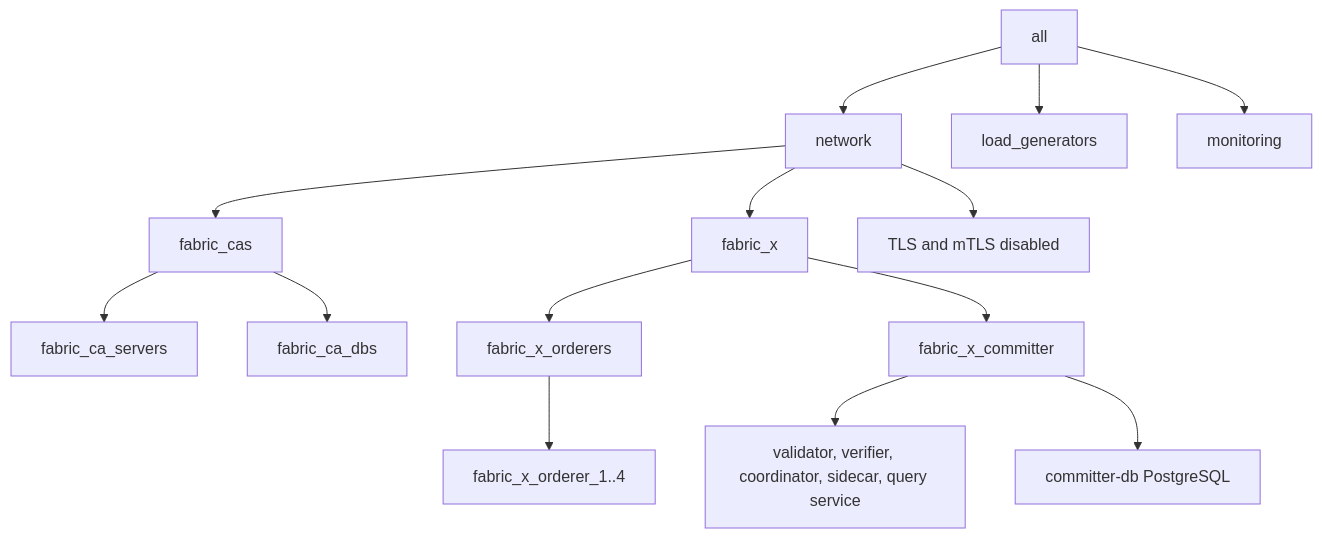
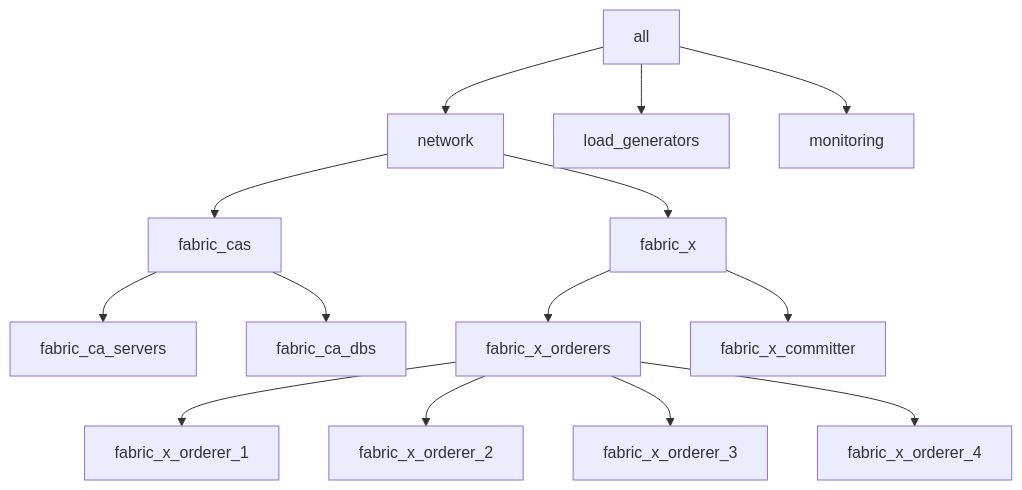
One commit to LF-Decentralized-Trust-labs/fabric-x-ansible-collection changed the diagram in examples/inventory/docs/k8s/fabric-x-no-tls.md. Above: the diagram before and after it, drawn with Mermaid. The commit also changed 47 other files, not shown here.

````diff
--- a/examples/inventory/docs/k8s/fabric-x-no-tls.md
+++ b/examples/inventory/docs/k8s/fabric-x-no-tls.md
@@ -33,16 +33,16 @@
 ```mermaid
 flowchart TD
   all --> network
   network --> fabric_cas
   network --> fabric_x
   all --> load_generators
   all --> monitoring
   fabric_cas --> fabric_ca_servers
   fabric_cas --> fabric_ca_dbs
   fabric_x --> fabric_x_orderers
   fabric_x --> fabric_x_committer
-  fabric_x_orderers --> orderer_groups["fabric_x_orderer_1..4"]
-  fabric_x_committer --> committer_services["validator, verifier, coordinator, sidecar, query service"]
-  fabric_x_committer --> committer_db["committer-db PostgreSQL"]
-  network --> plaintext["TLS and mTLS disabled"]
+  fabric_x_orderers --> fabric_x_orderer_1
+  fabric_x_orderers --> fabric_x_orderer_2
+  fabric_x_orderers --> fabric_x_orderer_3
+  fabric_x_orderers --> fabric_x_orderer_4
 ```
````
